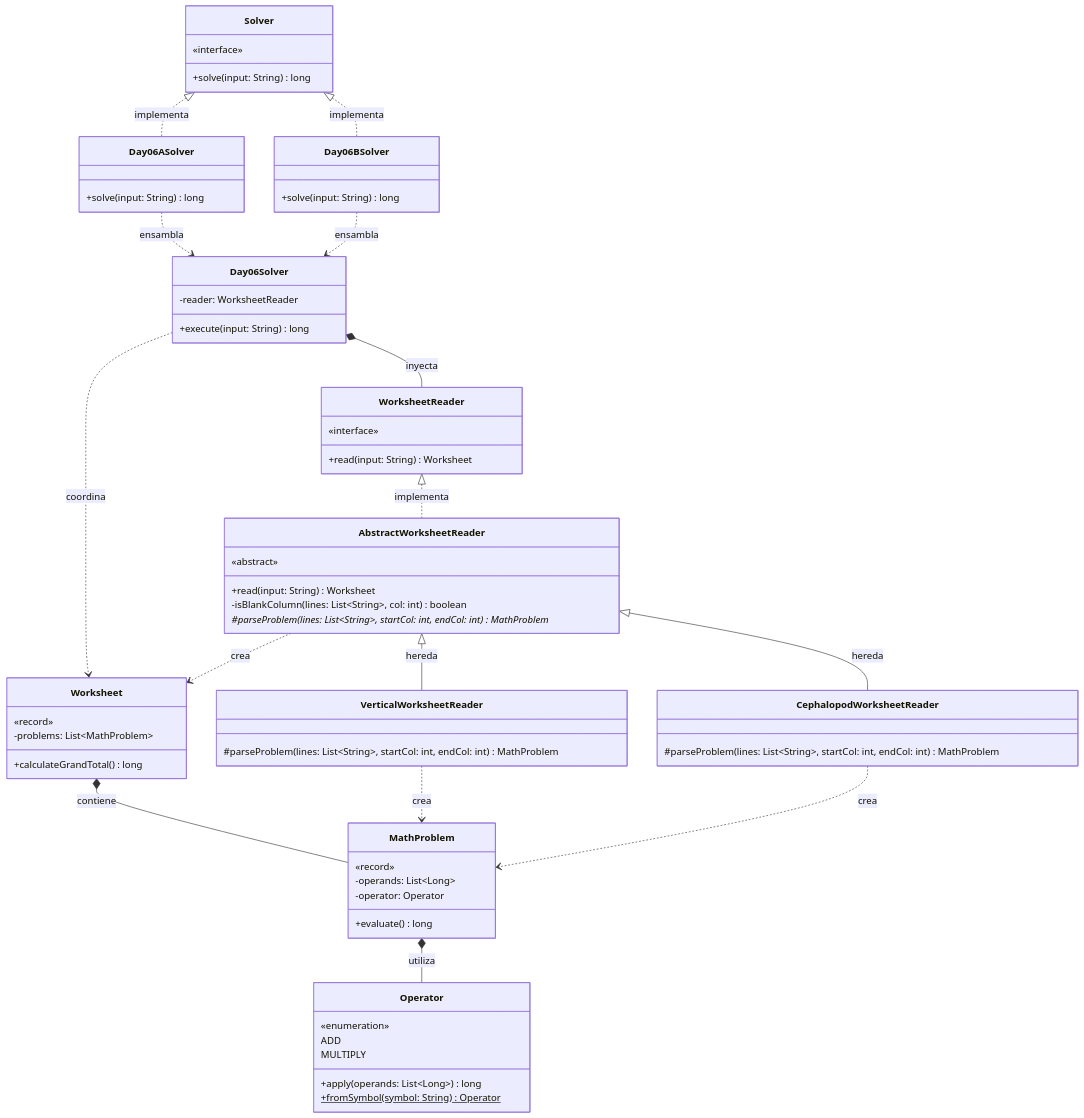
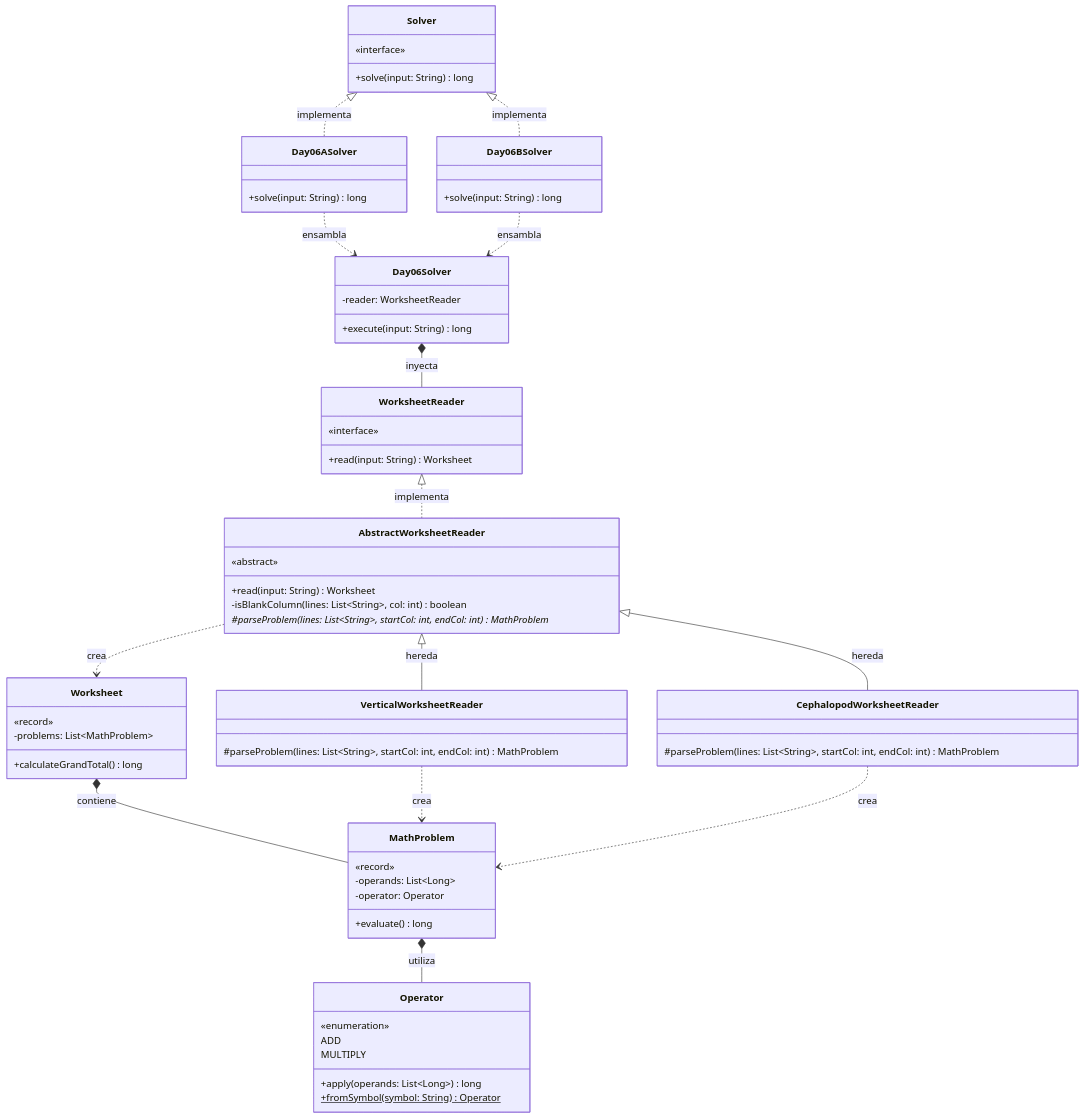
Before and after one commit to ivanperezdiaz829/AoC2025: the diagram in src/main/java/software/aoc/day06/README.md, drawn with Mermaid.

Commit message:
fix(README): Relations modified

````diff
--- a/src/main/java/software/aoc/day06/README.md
+++ b/src/main/java/software/aoc/day06/README.md
@@ -37,81 +37,80 @@
 ```mermaid
 classDiagram
   class Solver {
     «interface»
     +solve(input: String) long
   }
 
   class Day06ASolver {
     +solve(input: String) long
   }
 
   class Day06BSolver {
     +solve(input: String) long
   }
 
   class Day06Solver {
     -reader: WorksheetReader
     +execute(input: String) long
   }
 
   class Worksheet {
     «record»
     -problems: List~MathProblem~
     +calculateGrandTotal() long
   }
 
   class MathProblem {
     «record»
     -operands: List~Long~
     -operator: Operator
     +evaluate() long
   }
 
   class Operator {
     «enumeration»
     ADD
     MULTIPLY
     +apply(operands: List~Long~) long
     +fromSymbol(symbol: String) Operator$
   }
 
   class WorksheetReader {
     «interface»
     +read(input: String) Worksheet
   }
 
   class AbstractWorksheetReader {
     «abstract»
     +read(input: String) Worksheet
     -isBlankColumn(lines: List~String~, col: int) boolean
     #parseProblem(lines: List~String~, startCol: int, endCol: int)* MathProblem
   }
 
   class VerticalWorksheetReader {
     #parseProblem(lines: List~String~, startCol: int, endCol: int) MathProblem
   }
 
   class CephalopodWorksheetReader {
     #parseProblem(lines: List~String~, startCol: int, endCol: int) MathProblem
   }
 
 %% Relaciones de Implementación y Herencia
   Solver <|.. Day06ASolver : implementa
   Solver <|.. Day06BSolver : implementa
   WorksheetReader <|.. AbstractWorksheetReader : implementa
   AbstractWorksheetReader <|-- VerticalWorksheetReader : hereda
   AbstractWorksheetReader <|-- CephalopodWorksheetReader : hereda
 
 %% Relaciones de Ensamblaje e Inyección
   Day06ASolver ..> Day06Solver : ensambla
   Day06BSolver ..> Day06Solver : ensambla
   Day06Solver *-- WorksheetReader : inyecta
 
 %% Relaciones de Dominio
-  Day06Solver ..> Worksheet : coordina
   Worksheet *-- MathProblem : contiene
   MathProblem *-- Operator : utiliza
   AbstractWorksheetReader ..> Worksheet : crea
   VerticalWorksheetReader ..> MathProblem : crea
   CephalopodWorksheetReader ..> MathProblem : crea
 ```
````
